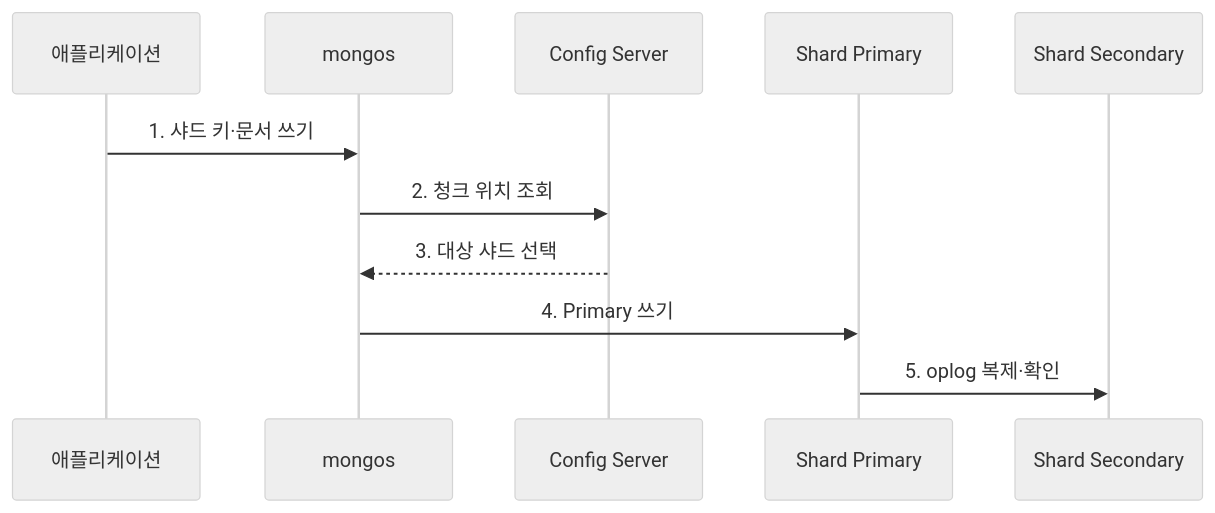
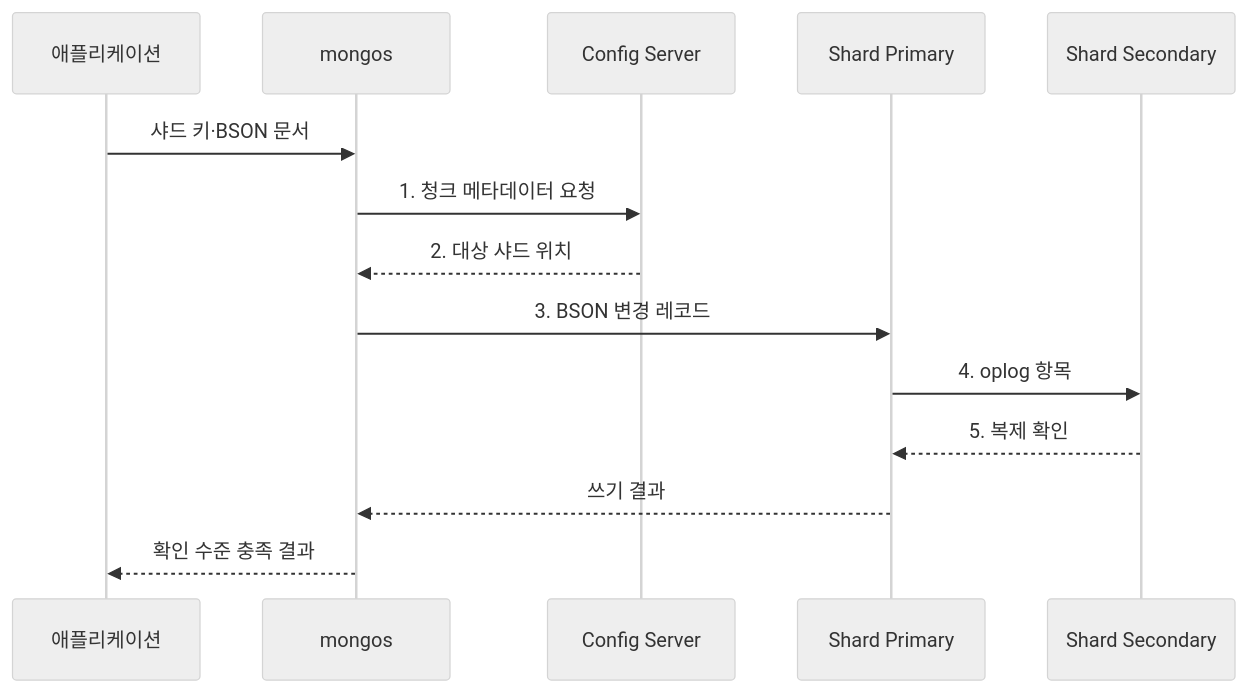
Before and after one commit to agnusdei1207/knowledge-base: the second of 2 diagrams in src/content/docs/notes/03-software/106_mongodb_document_database.md, drawn with Mermaid (neutral theme). The commit also changed other lines of this file and 20 other files, not shown here.

````diff
--- a/src/content/docs/notes/03-software/106_mongodb_document_database.md
+++ b/src/content/docs/notes/03-software/106_mongodb_document_database.md
@@ -77,13 +95,16 @@
 ```mermaid
 sequenceDiagram
     participant A as 애플리케이션
     participant M as mongos
     participant C as Config Server
     participant P as Shard Primary
     participant S as Shard Secondary
-    A->>M: 1. 샤드 키·문서 쓰기
-    M->>C: 2. 청크 위치 조회
-    C-->>M: 3. 대상 샤드 선택
-    M->>P: 4. Primary 쓰기
-    P->>S: 5. oplog 복제·확인
+    A->>M: 샤드 키·BSON 문서
+    M->>C: 1. 청크 메타데이터 요청
+    C-->>M: 2. 대상 샤드 위치
+    M->>P: 3. BSON 변경 레코드
+    P->>S: 4. oplog 항목
+    S-->>P: 5. 복제 확인
+    P-->>M: 쓰기 결과
+    M-->>A: 확인 수준 충족 결과
 ```
````
